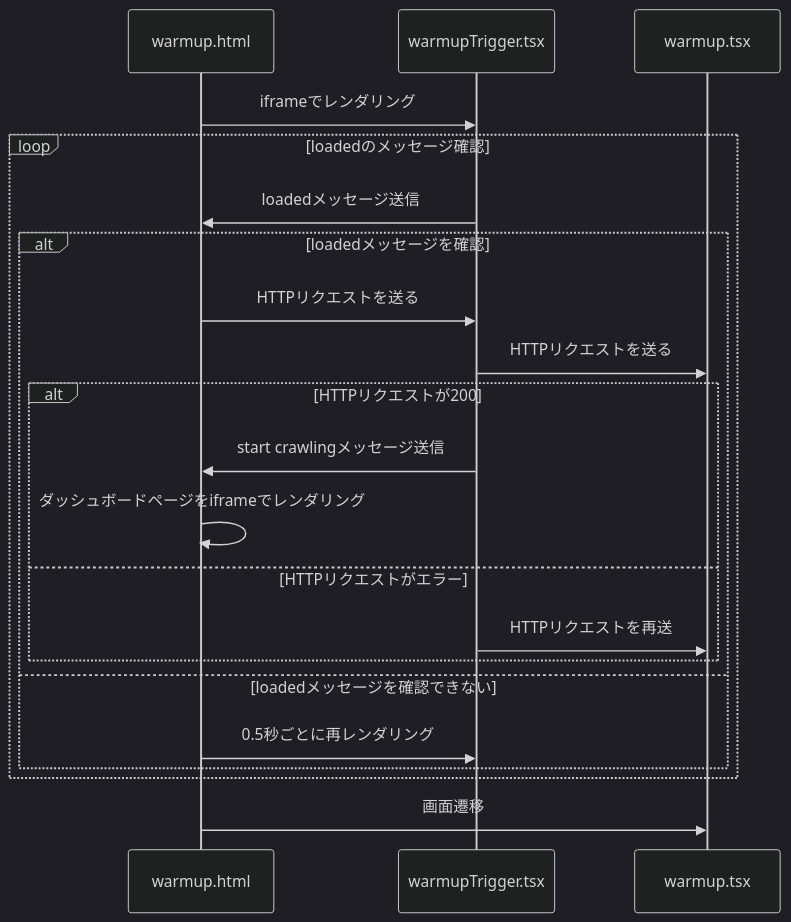
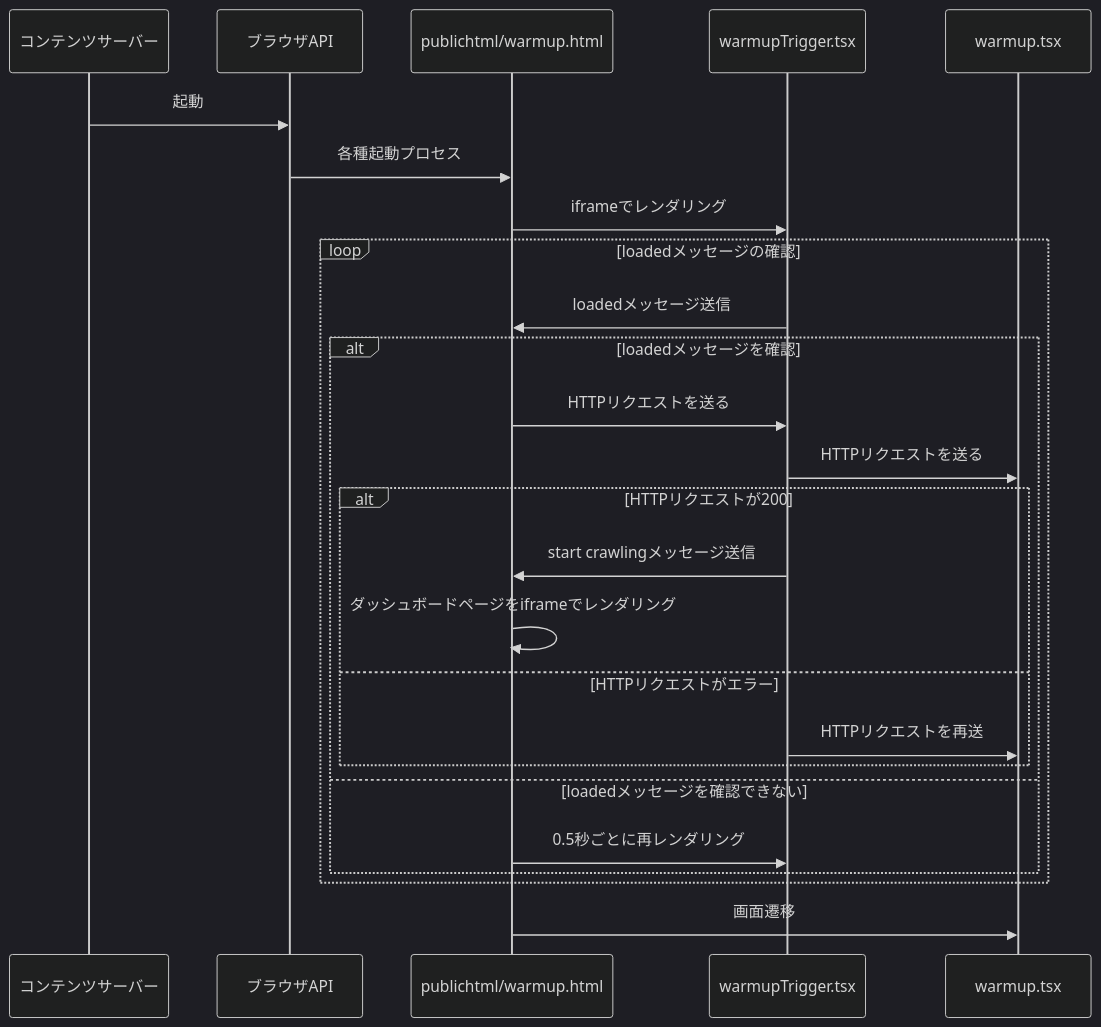
One commit to yasuhikasa/nextjs-div-practice changed the diagram in test.md. Above: the diagram before and after it, drawn with Mermaid (dark theme).

Commit message:
シーケンス図修正

````diff
--- a/test.md
+++ b/test.md
@@ -1,24 +1,30 @@
 ```mermaid
 sequenceDiagram
-    participant warmup.html
+    participant コンテンツサーバー
+    participant ブラウザAPI
+    participant publichtml/warmup.html
     participant warmupTrigger.tsx
     participant warmup.tsx
 
-    warmup.html->>warmupTrigger.tsx: iframeでレンダリング
-    loop loadedのメッセージ確認
-        warmupTrigger.tsx->>warmup.html: loadedメッセージ送信
+    コンテンツサーバー->>ブラウザAPI: 起動
+    ブラウザAPI->>publichtml/warmup.html: 各種起動プロセス
+    publichtml/warmup.html->>warmupTrigger.tsx: iframeでレンダリング
+    loop loadedメッセージの確認
+        warmupTrigger.tsx->>publichtml/warmup.html: loadedメッセージ送信
         alt loadedメッセージを確認
-            warmup.html->>warmupTrigger.tsx: HTTPリクエストを送る
+            publichtml/warmup.html->>warmupTrigger.tsx: HTTPリクエストを送る
             warmupTrigger.tsx->>warmup.tsx: HTTPリクエストを送る
             alt HTTPリクエストが200
-                warmupTrigger.tsx->>warmup.html: start crawlingメッセージ送信
-                warmup.html->>warmup.html: ダッシュボードページをiframeでレンダリング
+                warmupTrigger.tsx->>publichtml/warmup.html: start crawlingメッセージ送信
+                publichtml/warmup.html->>publichtml/warmup.html: ダッシュボードページをiframeでレンダリング
             else HTTPリクエストがエラー
                 warmupTrigger.tsx->>warmup.tsx: HTTPリクエストを再送
             end
         else loadedメッセージを確認できない
-            warmup.html->>warmupTrigger.tsx: 0.5秒ごとに再レンダリング
+            publichtml/warmup.html->>warmupTrigger.tsx: 0.5秒ごとに再レンダリング
         end
     end
-    warmup.html->>warmup.tsx: 画面遷移
+    publichtml/warmup.html->>warmup.tsx: 画面遷移
+
+
 ```
````
